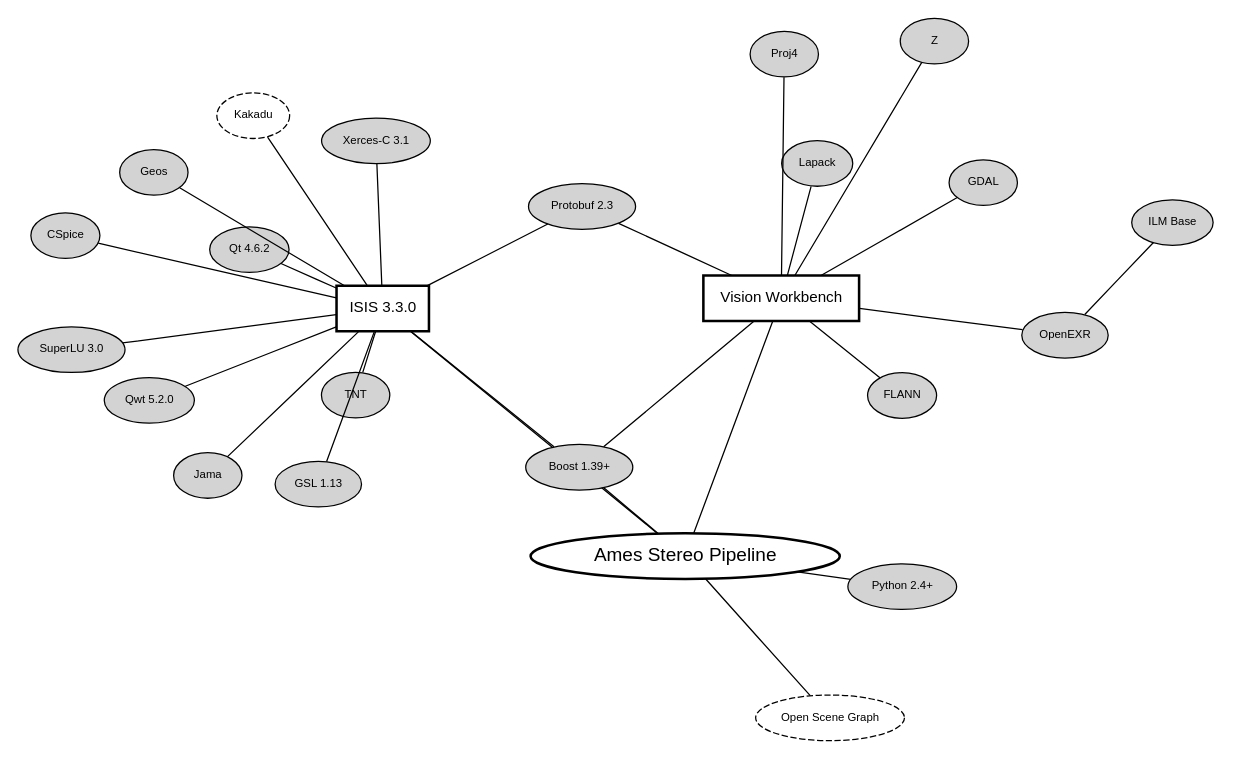
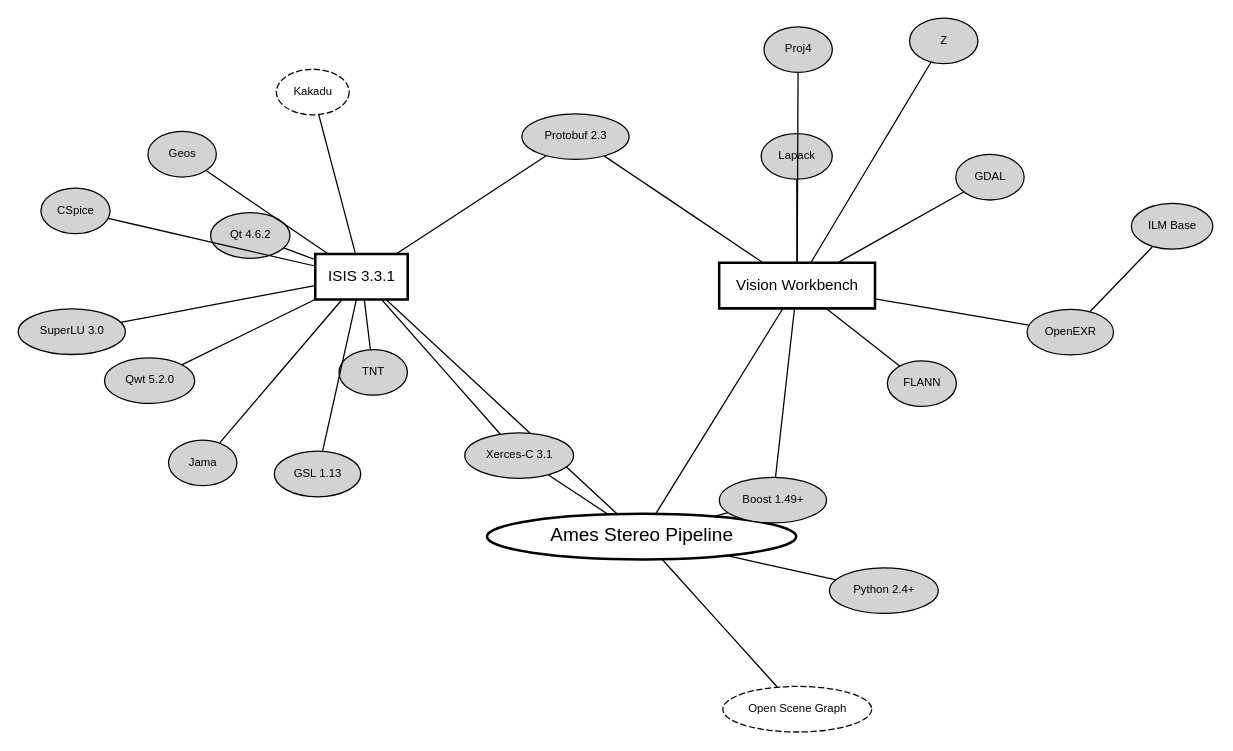
The diagram in docs/book/graph/asp_deps.dot (NeoGeographyToolkit/StereoPipeline), drawn with Graphviz before and after one commit. The commit also changed 6 other files, not shown here.

```diff
--- a/docs/book/graph/asp_deps.dot
+++ b/docs/book/graph/asp_deps.dot
@@ -1,63 +1,63 @@
 graph g {
 
 layout="sfdp";
 //maxiter=1000000000;
 //overlap=false;
 mode="KK";
 //defaultdist=5;
 //normalize=true;
 //Damping=0.6;
 pad=0.1;
 K=1.5
 
 
 node [fontname="Helvetica"];
 // ASP
 node [fontsize=15,shape=ellipse,style=bold];
 "Ames Stereo Pipeline";
 // Important Nodes
 node [fontsize=12,shape=box,style=bold];
-"Vision Workbench"; "ISIS 3.3.0";
+"Vision Workbench"; "ISIS 3.3.1";
 // Minor Nodes
 node [fontsize=9,shape=ellipse,style=filled];
-"GDAL"; "OpenEXR"; "Lapack"; "Boost 1.39+";"Qt 4.6.2";
+"GDAL"; "OpenEXR"; "Lapack"; "Boost 1.49+";"Qt 4.6.2";
 "Jama"; "TNT"; "GSL 1.13"; "Proj4";
 "SuperLU 3.0"; "CSpice"; "Qwt 5.2.0"; "Geos"; "Z";
 "Xerces-C 3.1"; "ILM Base"; "Protobuf 2.3"; "Python 2.4+";
 "FLANN";
 
 // Optional Nodes
 node [fontsize=9,style=dashed]; "Open Scene Graph";
 "Kakadu";
 
 
 "Vision Workbench" -- "Ames Stereo Pipeline"
 "Open Scene Graph" -- "Ames Stereo Pipeline"
-"ISIS 3.3.0" -- "Ames Stereo Pipeline"
-"Boost 1.39+" -- "Ames Stereo Pipeline"
+"ISIS 3.3.1" -- "Ames Stereo Pipeline"
+"Boost 1.49+" -- "Ames Stereo Pipeline"
 "Python 2.4+" -- "Ames Stereo Pipeline"
+"Xerces-C 3.1" -- "Ames Stereo Pipeline"
 
 "GDAL" -- "Vision Workbench"
 "OpenEXR" -- "Vision Workbench";
 "ILM Base" -- "OpenEXR";
 "Lapack" -- "Vision Workbench";
-"Boost 1.39+" -- "Vision Workbench";
+"Boost 1.49+" -- "Vision Workbench";
 "Proj4" -- "Vision Workbench";
 "Z" -- "Vision Workbench";
 "Protobuf 2.3" -- "Vision Workbench";
 "FLANN" -- "Vision Workbench";
 
-"Qt 4.6.2" -- "ISIS 3.3.0";
-"Jama" -- "ISIS 3.3.0";
-"Boost 1.39+" -- "ISIS 3.3.0";
-"TNT" -- "ISIS 3.3.0";
-"GSL 1.13" -- "ISIS 3.3.0";
-"SuperLU 3.0" -- "ISIS 3.3.0";
-"CSpice" -- "ISIS 3.3.0";
-"Qwt 5.2.0" -- "ISIS 3.3.0";
-"Xerces-C 3.1" -- "ISIS 3.3.0";
-"Kakadu" -- "ISIS 3.3.0";
-"Geos" -- "ISIS 3.3.0";
-"Protobuf 2.3" -- "ISIS 3.3.0";
+"Qt 4.6.2" -- "ISIS 3.3.1";
+"Jama" -- "ISIS 3.3.1";
+"TNT" -- "ISIS 3.3.1";
+"GSL 1.13" -- "ISIS 3.3.1";
+"SuperLU 3.0" -- "ISIS 3.3.1";
+"CSpice" -- "ISIS 3.3.1";
+"Qwt 5.2.0" -- "ISIS 3.3.1";
+"Xerces-C 3.1" -- "ISIS 3.3.1";
+"Kakadu" -- "ISIS 3.3.1";
+"Geos" -- "ISIS 3.3.1";
+"Protobuf 2.3" -- "ISIS 3.3.1";
 
 }
```
